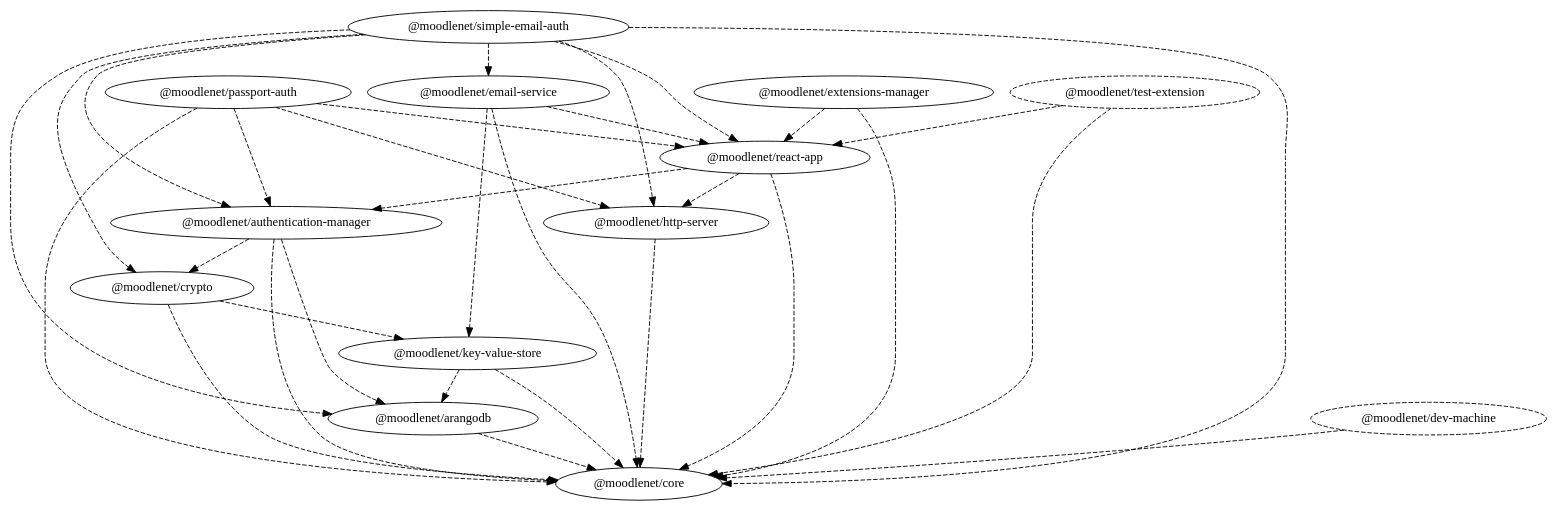
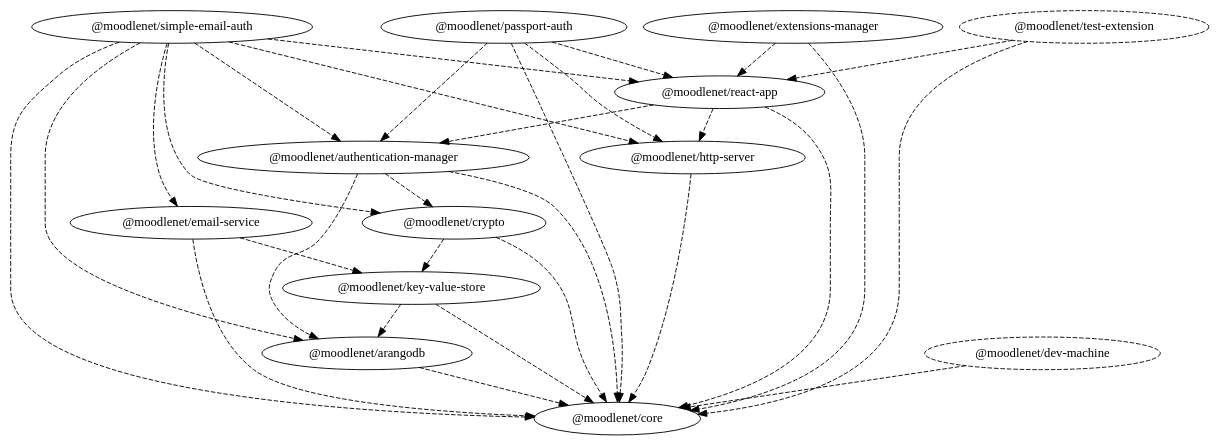
Before and after one commit to moodle/moodlenet: the diagram in dependency-graph.dot, drawn with Graphviz. The commit also changed 2 other files, not shown here.

Commit message:
cleanup deps + dep graph files

```diff
--- a/dependency-graph.dot
+++ b/dependency-graph.dot
@@ -1,46 +1,45 @@
 digraph G {
   "@moodlenet/arangodb";
   "@moodlenet/core";
   "@moodlenet/authentication-manager";
   "@moodlenet/crypto";
   "@moodlenet/key-value-store";
   "@moodlenet/dev-machine" [ style = "dashed" ];
   "@moodlenet/email-service";
+  "@moodlenet/extensions-manager";
   "@moodlenet/react-app";
-  "@moodlenet/extensions-manager";
   "@moodlenet/http-server";
   "@moodlenet/passport-auth";
   "@moodlenet/simple-email-auth";
   "@moodlenet/test-extension" [ style = "dashed" ];
   "@moodlenet/arangodb" -> "@moodlenet/core" [ style = "dashed" ];
   "@moodlenet/authentication-manager" -> "@moodlenet/arangodb" [ style = "dashed" ];
   "@moodlenet/authentication-manager" -> "@moodlenet/core" [ style = "dashed" ];
   "@moodlenet/authentication-manager" -> "@moodlenet/crypto" [ style = "dashed" ];
   "@moodlenet/crypto" -> "@moodlenet/core" [ style = "dashed" ];
   "@moodlenet/crypto" -> "@moodlenet/key-value-store" [ style = "dashed" ];
   "@moodlenet/dev-machine" -> "@moodlenet/core" [ style = "dashed" ];
   "@moodlenet/email-service" -> "@moodlenet/core" [ style = "dashed" ];
   "@moodlenet/email-service" -> "@moodlenet/key-value-store" [ style = "dashed" ];
-  "@moodlenet/email-service" -> "@moodlenet/react-app" [ style = "dashed" ];
   "@moodlenet/extensions-manager" -> "@moodlenet/core" [ style = "dashed" ];
   "@moodlenet/extensions-manager" -> "@moodlenet/react-app" [ style = "dashed" ];
   "@moodlenet/http-server" -> "@moodlenet/core" [ style = "dashed" ];
   "@moodlenet/key-value-store" -> "@moodlenet/arangodb" [ style = "dashed" ];
   "@moodlenet/key-value-store" -> "@moodlenet/core" [ style = "dashed" ];
   "@moodlenet/passport-auth" -> "@moodlenet/authentication-manager" [ style = "dashed" ];
   "@moodlenet/passport-auth" -> "@moodlenet/core" [ style = "dashed" ];
   "@moodlenet/passport-auth" -> "@moodlenet/http-server" [ style = "dashed" ];
   "@moodlenet/passport-auth" -> "@moodlenet/react-app" [ style = "dashed" ];
   "@moodlenet/react-app" -> "@moodlenet/authentication-manager" [ style = "dashed" ];
   "@moodlenet/react-app" -> "@moodlenet/core" [ style = "dashed" ];
   "@moodlenet/react-app" -> "@moodlenet/http-server" [ style = "dashed" ];
   "@moodlenet/simple-email-auth" -> "@moodlenet/arangodb" [ style = "dashed" ];
   "@moodlenet/simple-email-auth" -> "@moodlenet/authentication-manager" [ style = "dashed" ];
   "@moodlenet/simple-email-auth" -> "@moodlenet/core" [ style = "dashed" ];
   "@moodlenet/simple-email-auth" -> "@moodlenet/crypto" [ style = "dashed" ];
   "@moodlenet/simple-email-auth" -> "@moodlenet/email-service" [ style = "dashed" ];
   "@moodlenet/simple-email-auth" -> "@moodlenet/http-server" [ style = "dashed" ];
   "@moodlenet/simple-email-auth" -> "@moodlenet/react-app" [ style = "dashed" ];
   "@moodlenet/test-extension" -> "@moodlenet/core" [ style = "dashed" ];
   "@moodlenet/test-extension" -> "@moodlenet/react-app" [ style = "dashed" ];
 }
```
